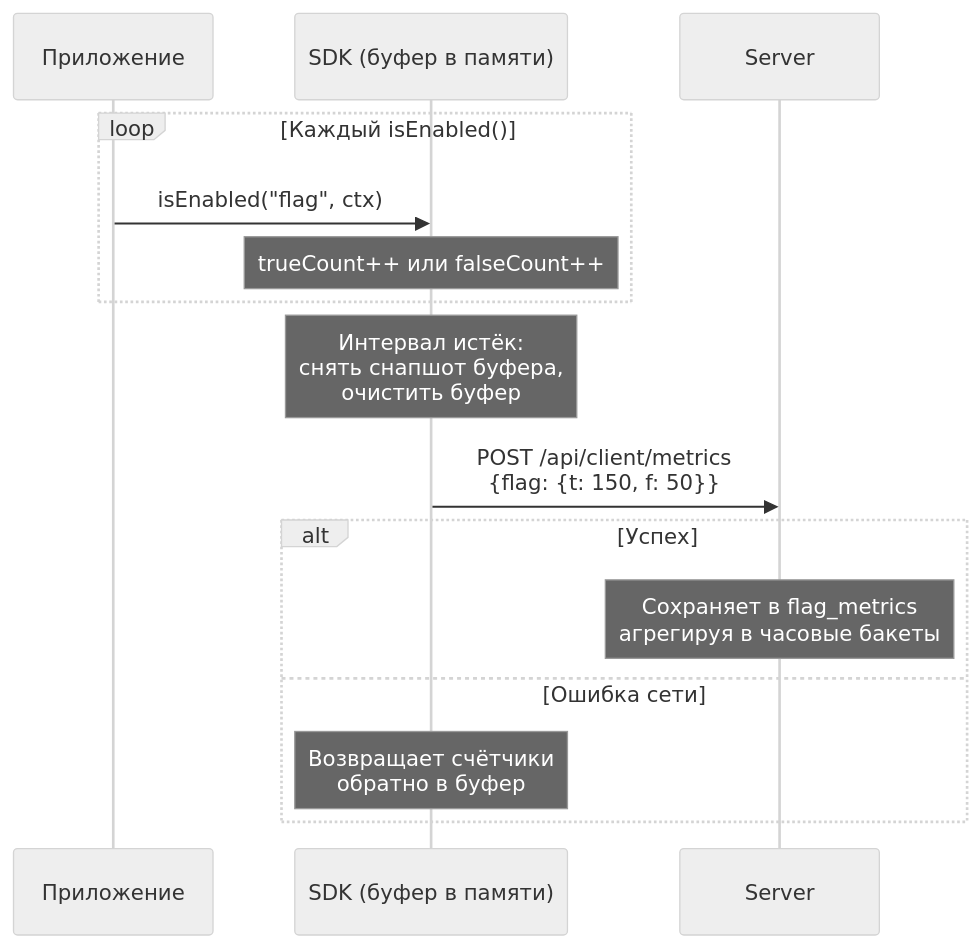
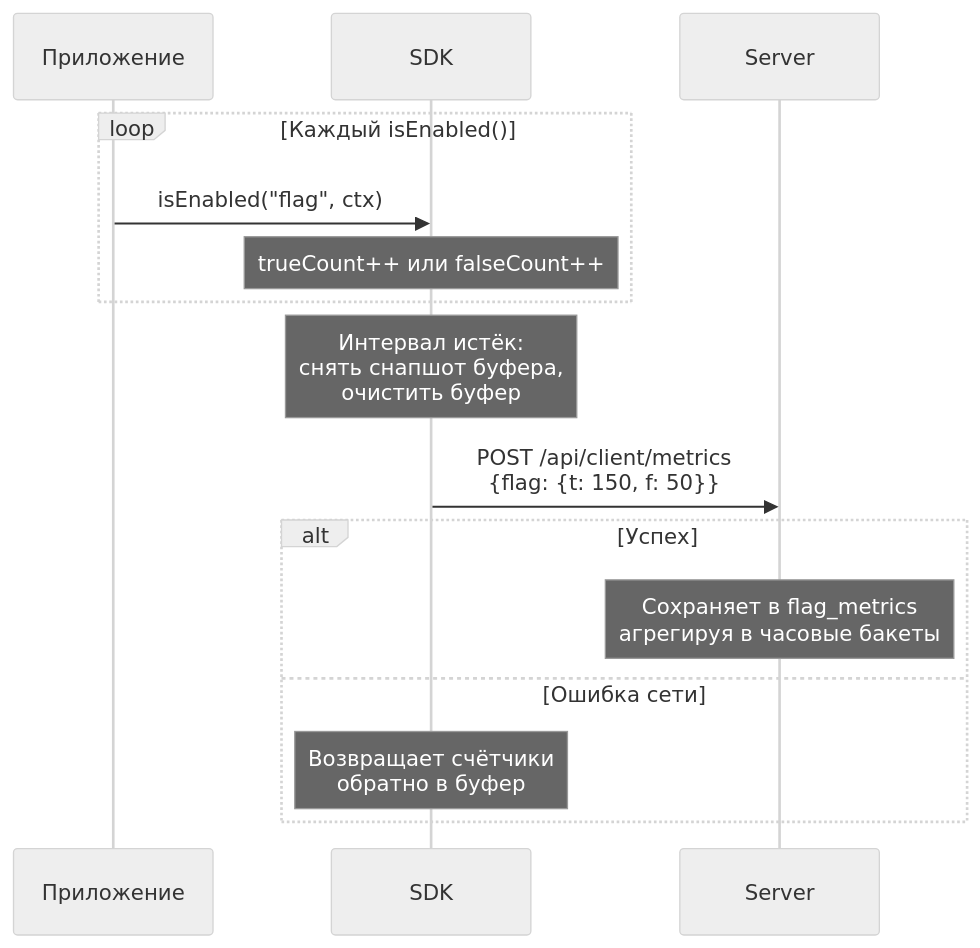
One commit to edgar-dev20/mozhno changed the diagram in docs/guide/metrics.md. Above: the diagram before and after it, drawn with Mermaid (neutral theme). The commit also changed other lines of this file and 3 other files, not shown here.

````diff
--- a/docs/guide/metrics.md
+++ b/docs/guide/metrics.md
@@ -9,21 +9,21 @@
 ```mermaid
 sequenceDiagram
     participant App as Приложение
-    participant SDK as SDK (буфер в памяти)
+    participant SDK as SDK
     participant Server
 
     loop Каждый isEnabled()
         App->>SDK: isEnabled("flag", ctx)
         Note over SDK: trueCount++ или falseCount++
     end
 
     Note over SDK: Интервал истёк:<br/>снять снапшот буфера,<br/>очистить буфер
 
     SDK->>Server: POST /api/client/metrics<br/>{flag: {t: 150, f: 50}}
 
     alt Успех
         Note over Server: Сохраняет в flag_metrics<br/>агрегируя в часовые бакеты
     else Ошибка сети
         Note over SDK: Возвращает счётчики<br/>обратно в буфер
     end
 ```
````
